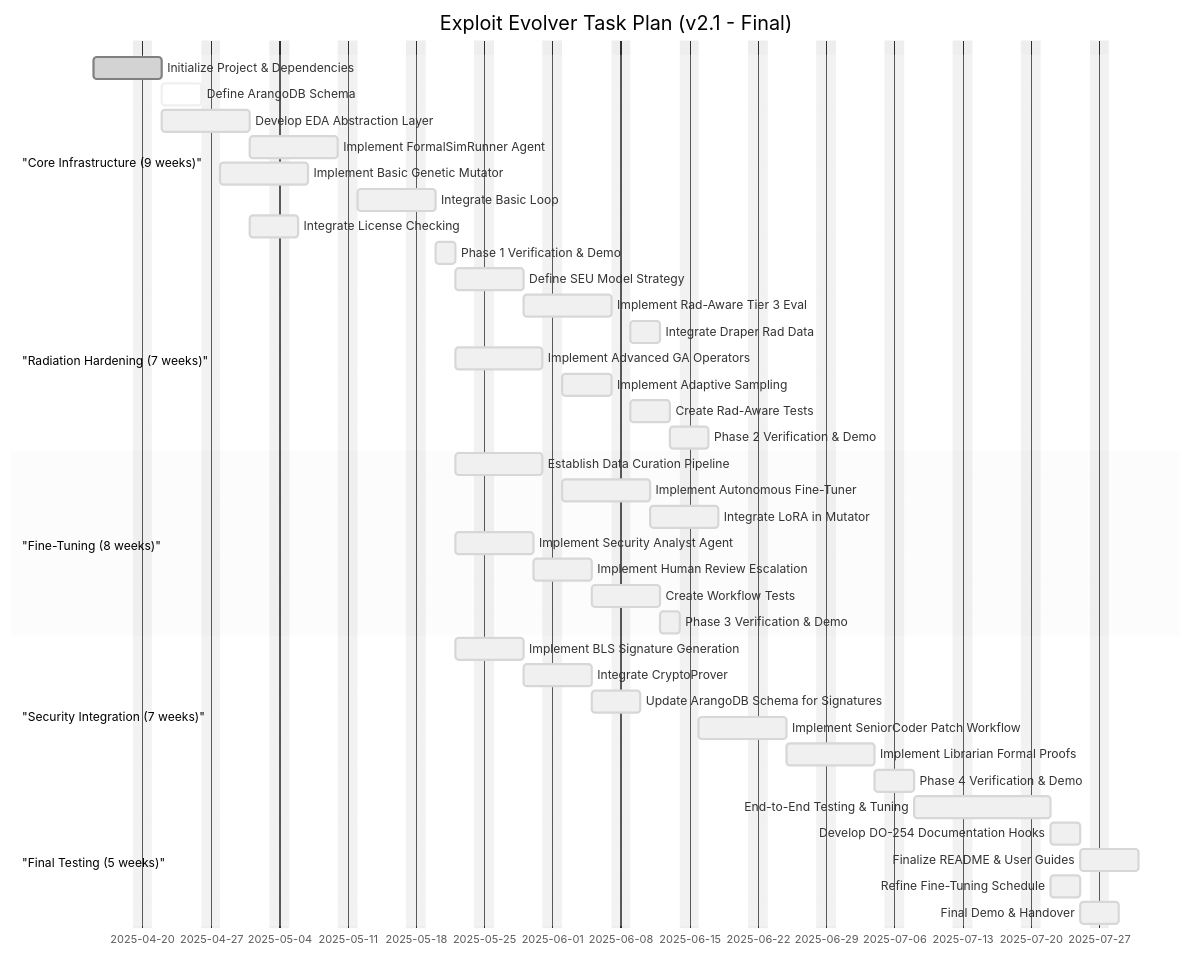
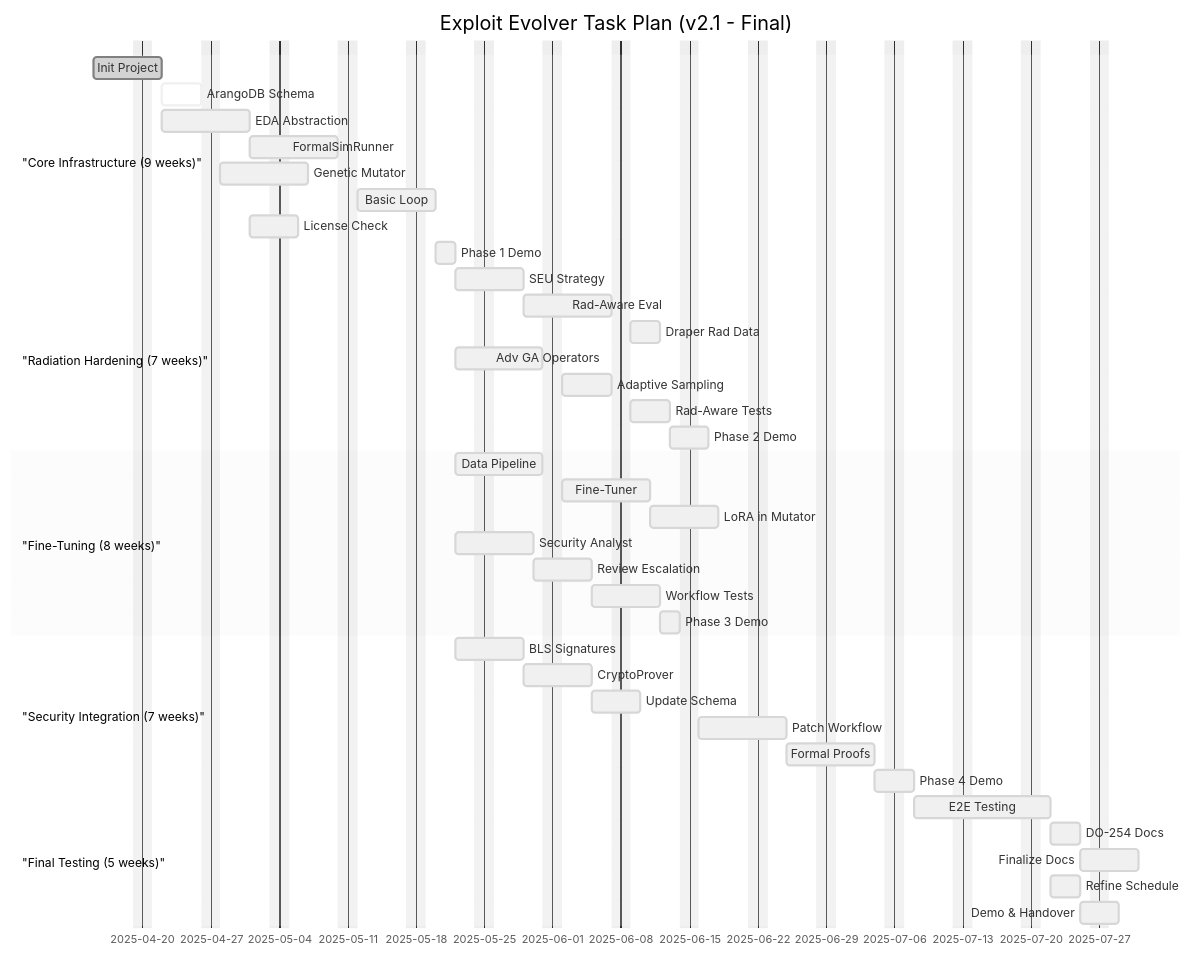
One commit to grahama1970/draper changed the diagram in draper_exploit_evo/task.md. Above: the diagram before and after it, drawn with Mermaid. The commit also changed 84 other files, not shown here.

Commit message:
Complete Task 6.1: Cross-Role Final Review (Second Pass) - Approved

````diff
--- a/draper_exploit_evo/task.md
+++ b/draper_exploit_evo/task.md
@@ -60,50 +60,50 @@
 ```mermaid
 %%{init: {'theme': 'base', 'themeVariables': { 'primaryColor': '#f0f0f0'}}}%%
 gantt
     dateFormat  YYYY-MM-DD
     title       Exploit Evolver Task Plan (v2.1 - Final)
     excludes    weekends
 
     section "Core Infrastructure (9 weeks)"
-    Initialize Project & Dependencies          :done, P1T1, 2025-04-15, 5d
-    Define ArangoDB Schema                    :active, P1T2, after P1T1, 4d
-    Develop EDA Abstraction Layer             :P1T3, after P1T1, 7d
-    Implement FormalSimRunner Agent           :P1T4, after P1T3, 7d
-    Implement Basic Genetic Mutator           :P1T5, after P1T2, 7d
-    Integrate Basic Loop                      :P1T6, after P1T4, 6d
-    Integrate License Checking                :P1T7, after P1T3, 3d
-    Phase 1 Verification & Demo               :P1T8, after P1T6, 2d
+    Init Project                              :done, P1T1, 2025-04-15, 5d
+    ArangoDB Schema                          :active, P1T2, after P1T1, 4d
+    EDA Abstraction                          :P1T3, after P1T1, 7d
+    FormalSimRunner                          :P1T4, after P1T3, 7d
+    Genetic Mutator                          :P1T5, after P1T2, 7d
+    Basic Loop                               :P1T6, after P1T4, 6d
+    License Check                            :P1T7, after P1T3, 3d
+    Phase 1 Demo                             :P1T8, after P1T6, 2d
 
     section "Radiation Hardening (7 weeks)"
-    Define SEU Model Strategy                 :P2T1, after P1T8, 5d
-    Implement Rad-Aware Tier 3 Eval           :P2T2, after P2T1, 7d
-    Integrate Draper Rad Data                 :P2T3, after P2T2, 3d
-    Implement Advanced GA Operators           :P2T4, after P1T8, 7d
-    Implement Adaptive Sampling               :P2T5, after P2T4, 5d
-    Create Rad-Aware Tests                    :P2T6, after P2T5, 4d
-    Phase 2 Verification & Demo               :P2T7, after P2T6, 2d
+    SEU Strategy                             :P2T1, after P1T8, 5d
+    Rad-Aware Eval                          :P2T2, after P2T1, 7d
+    Draper Rad Data                         :P2T3, after P2T2, 3d
+    Adv GA Operators                        :P2T4, after P1T8, 7d
+    Adaptive Sampling                       :P2T5, after P2T4, 5d
+    Rad-Aware Tests                         :P2T6, after P2T5, 4d
+    Phase 2 Demo                            :P2T7, after P2T6, 2d
 
     section "Fine-Tuning (8 weeks)"
-    Establish Data Curation Pipeline          :P3T1, after P1T8, 7d
-    Implement Autonomous Fine-Tuner           :P3T2, after P3T1, 7d
-    Integrate LoRA in Mutator                 :P3T3, after P3T2, 5d
-    Implement Security Analyst Agent          :P3T4, after P1T8, 6d
-    Implement Human Review Escalation         :P3T5, after P3T4, 4d
-    Create Workflow Tests                     :P3T6, after P3T5, 5d
-    Phase 3 Verification & Demo               :P3T7, after P3T6, 2d
+    Data Pipeline                           :P3T1, after P1T8, 7d
+    Fine-Tuner                              :P3T2, after P3T1, 7d
+    LoRA in Mutator                        :P3T3, after P3T2, 5d
+    Security Analyst                        :P3T4, after P1T8, 6d
+    Review Escalation                       :P3T5, after P3T4, 4d
+    Workflow Tests                          :P3T6, after P3T5, 5d
+    Phase 3 Demo                            :P3T7, after P3T6, 2d
 
     section "Security Integration (7 weeks)"
-    Implement BLS Signature Generation        :P4T1, after P1T8, 5d
-    Integrate CryptoProver                    :P4T2, after P4T1, 5d
-    Update ArangoDB Schema for Signatures     :P4T3, after P4T2, 3d
-    Implement SeniorCoder Patch Workflow      :P4T4, after P3T7, 7d
-    Implement Librarian Formal Proofs         :P4T5, after P4T4, 7d
-    Phase 4 Verification & Demo               :P4T6, after P4T5, 2d
+    BLS Signatures                          :P4T1, after P1T8, 5d
+    CryptoProver                            :P4T2, after P4T1, 5d
+    Update Schema                           :P4T3, after P4T2, 3d
+    Patch Workflow                          :P4T4, after P3T7, 7d
+    Formal Proofs                           :P4T5, after P4T4, 7d
+    Phase 4 Demo                            :P4T6, after P4T5, 2d
 
     section "Final Testing (5 weeks)"
-    End-to-End Testing & Tuning               :P5T1, after P4T6, 10d
-    Develop DO-254 Documentation Hooks        :P5T2, after P5T1, 3d
-    Finalize README & User Guides             :P5T3, after P5T2, 4d
-    Refine Fine-Tuning Schedule               :P5T4, after P5T1, 3d
-    Final Demo & Handover                     :P5T5, after P5T4, 2d
+    E2E Testing                             :P5T1, after P4T6, 10d
+    DO-254 Docs                             :P5T2, after P5T1, 3d
+    Finalize Docs                           :P5T3, after P5T2, 4d
+    Refine Schedule                         :P5T4, after P5T1, 3d
+    Demo & Handover                        :P5T5, after P5T4, 2d
 ```
````
